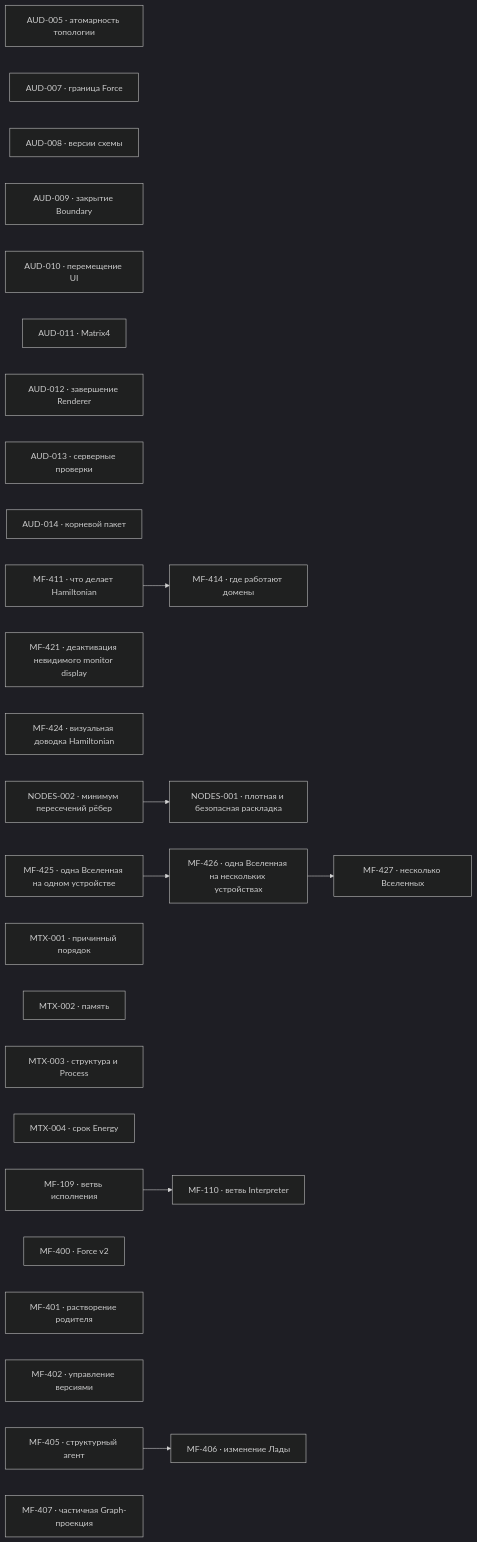
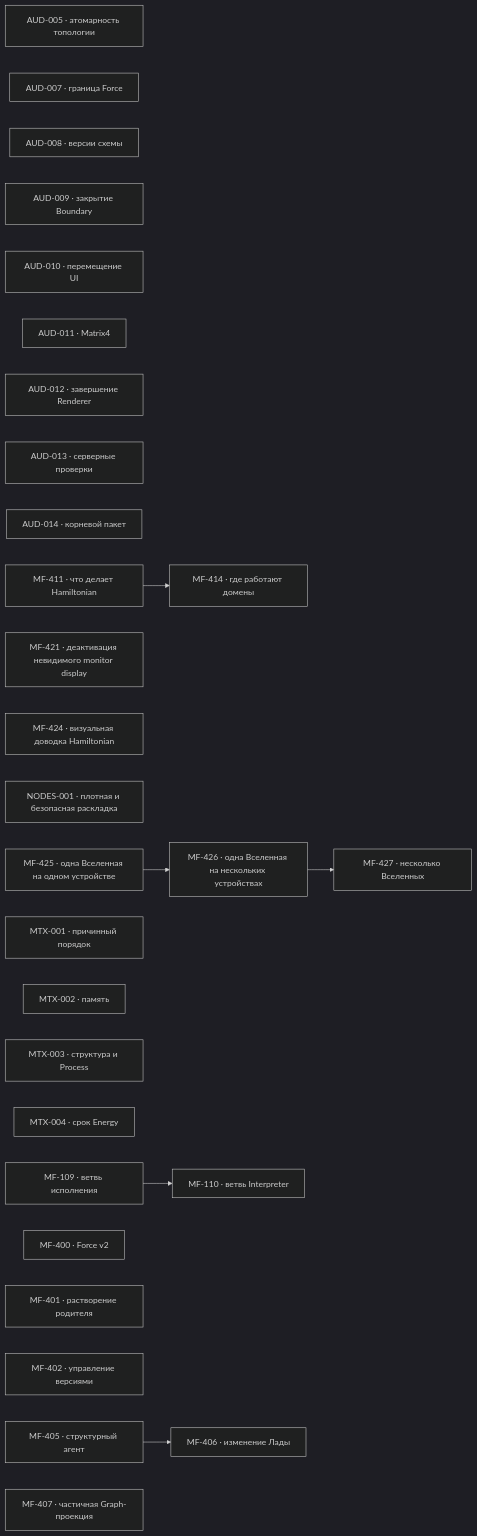
Before and after one commit to zavx0z/metafor: the diagram in project/TODO.md, drawn with Mermaid (dark theme). The commit also changed other lines of this file and 23 other files, not shown here.

````diff
--- a/project/TODO.md
+++ b/project/TODO.md
@@ -13,39 +13,37 @@
 ```mermaid
 flowchart LR
     AUD005["AUD-005 · атомарность топологии"]
     AUD007["AUD-007 · граница Force"]
     AUD008["AUD-008 · версии схемы"]
     AUD009["AUD-009 · закрытие Boundary"]
     AUD010["AUD-010 · перемещение UI"]
     AUD011["AUD-011 · Matrix4"]
     AUD012["AUD-012 · завершение Renderer"]
     AUD013["AUD-013 · серверные проверки"]
     AUD014["AUD-014 · корневой пакет"]
     MF411["MF-411 · что делает Hamiltonian"]
     MF414["MF-414 · где работают домены"]
     MF421["MF-421 · деактивация невидимого monitor display"]
     MF424["MF-424 · визуальная доводка Hamiltonian"]
     NODES001["NODES-001 · плотная и безопасная раскладка"]
-    NODES002["NODES-002 · минимум пересечений рёбер"]
     MF425["MF-425 · одна Вселенная на одном устройстве"]
     MF426["MF-426 · одна Вселенная на нескольких устройствах"]
     MF427["MF-427 · несколько Вселенных"]
     MTX001["MTX-001 · причинный порядок"]
     MTX002["MTX-002 · память"]
     MTX003["MTX-003 · структура и Process"]
     MTX004["MTX-004 · срок Energy"]
     MF109["MF-109 · ветвь исполнения"]
     MF110["MF-110 · ветвь Interpreter"]
     MF400["MF-400 · Force v2"]
     MF401["MF-401 · растворение родителя"]
     MF402["MF-402 · управление версиями"]
     MF405["MF-405 · структурный агент"]
     MF406["MF-406 · изменение Лады"]
     MF407["MF-407 · частичная Graph-проекция"]
     MF109 --> MF110
     MF405 --> MF406
     MF411 --> MF414
-    NODES002 --> NODES001
     MF425 --> MF426
     MF426 --> MF427
 ```
````
